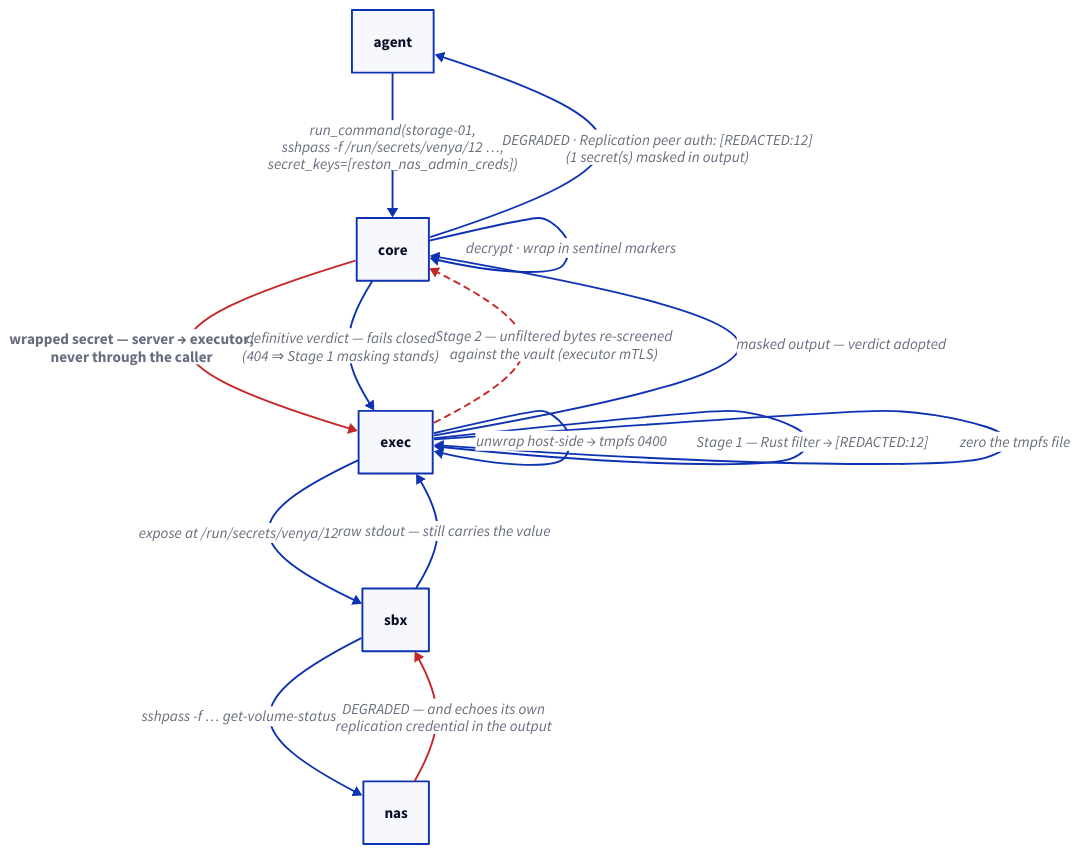
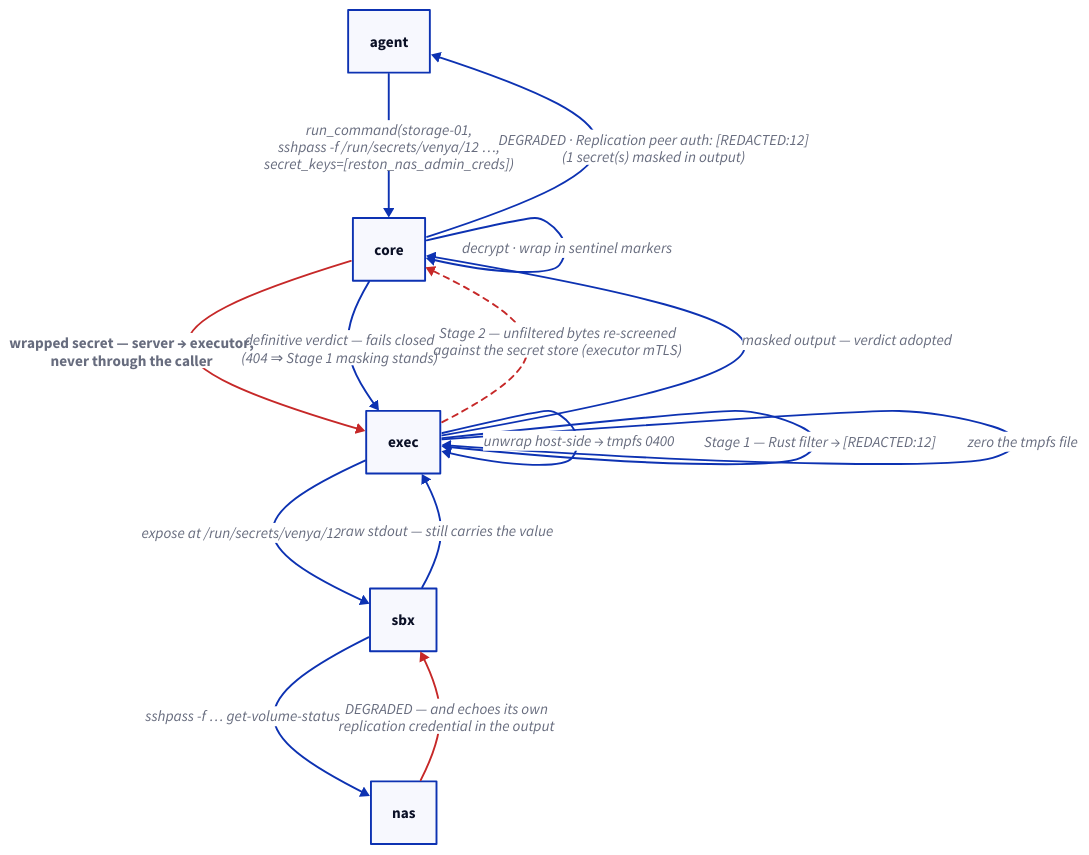
Before and after one commit to tabith-llc/venya: the diagram in docs/diagrams/steps/s4.d2, drawn with D2. The commit also changed 14 other files, not shown here.

```diff
--- a/docs/diagrams/steps/s4.d2
+++ b/docs/diagrams/steps/s4.d2
@@ -1,22 +1,22 @@
 agent -> core: "run_command(storage-01,\nsshpass -f /run/secrets/venya/12 …,\nsecret_keys=[reston_nas_admin_creds])"
 core -> core: "decrypt · wrap in sentinel markers"
 core -> exec: "wrapped secret — server → executor,\nnever through the caller" {
   style.stroke: "#c62828"
   style.bold: true
 }
 exec -> exec: "unwrap host-side → tmpfs 0400"
 exec -> sbx: "expose at /run/secrets/venya/12"
 sbx -> nas: "sshpass -f … get-volume-status"
 nas -> sbx: "DEGRADED — and echoes its own\nreplication credential in the output" {
   style.stroke: "#c62828"
 }
 sbx -> exec: "raw stdout — still carries the value"
 exec -> exec: "Stage 1 — Rust filter → [REDACTED:12]"
-exec -> core: "Stage 2 — unfiltered bytes re-screened\nagainst the vault (executor mTLS)" {
+exec -> core: "Stage 2 — unfiltered bytes re-screened\nagainst the secret store (executor mTLS)" {
   style.stroke: "#c62828"
   style.stroke-dash: 3
 }
 core -> exec: "definitive verdict — fails closed\n(404 ⇒ Stage 1 masking stands)"
 exec -> core: "masked output — verdict adopted"
 core -> agent: "DEGRADED · Replication peer auth: [REDACTED:12]\n(1 secret(s) masked in output)"
 exec -> exec: "zero the tmpfs file"
```
